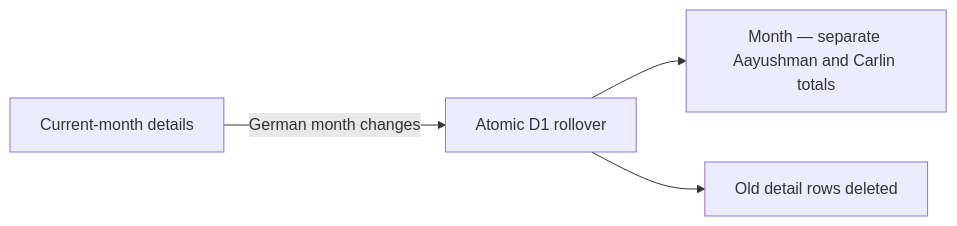
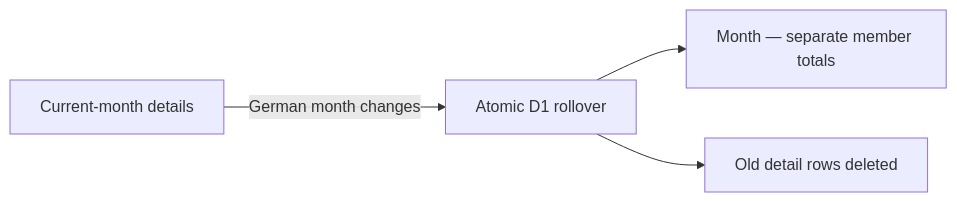
Before and after one commit to ENZOMOTIVE/Ausgeben: the diagram in README.md, drawn with Mermaid. The commit also changed other lines of this file and 15 other files, not shown here.

````diff
--- a/README.md
+++ b/README.md
@@ -62,6 +64,6 @@
 ```mermaid
 flowchart LR
     A[Current-month details] -->|German month changes| B[Atomic D1 rollover]
-    B --> C[Month — separate Aayushman and Carlin totals]
+    B --> C[Month — separate member totals]
     B --> D[Old detail rows deleted]
 ```
````
